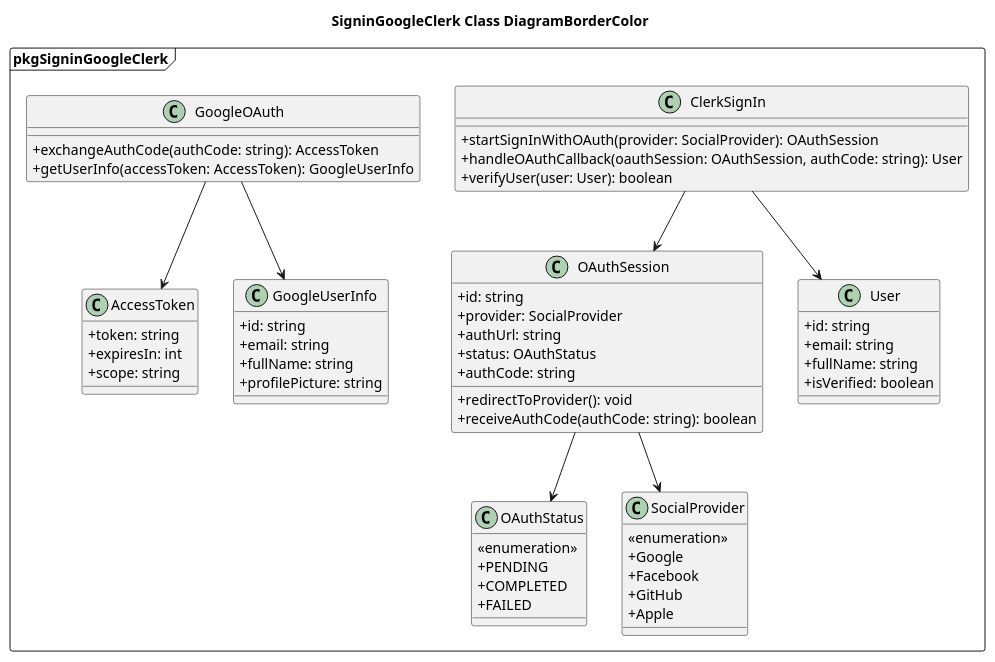
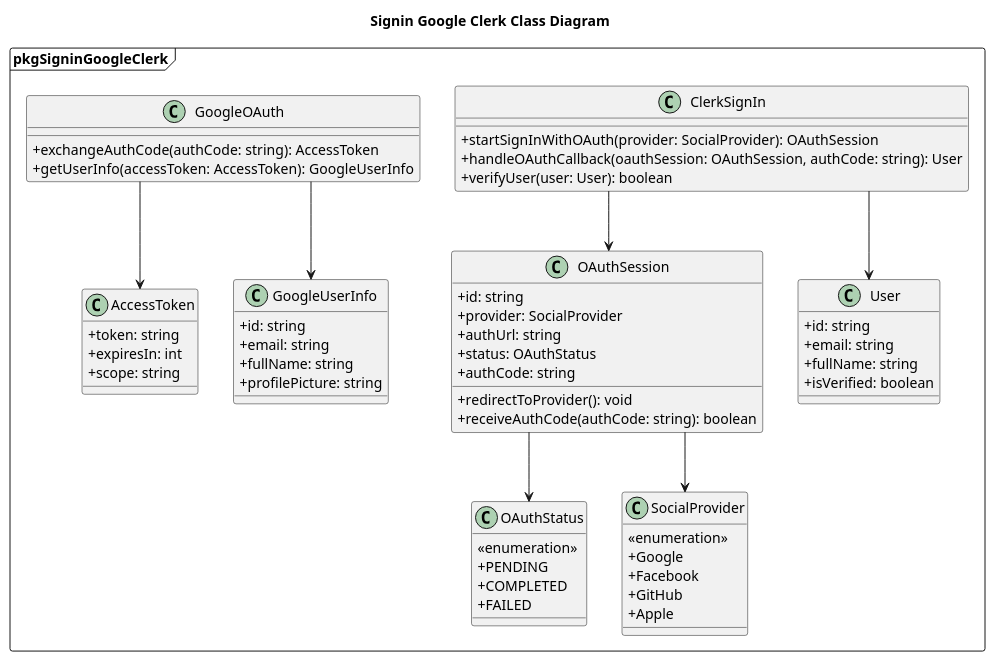
Before and after one commit to Caothuludau/InSyncDocument: the diagram in ClassDiagram/Authentication/SignInClassDiagram.plantuml, drawn with PlantUML. The commit also changed 29 other files, not shown here.

```diff
--- a/ClassDiagram/Authentication/SignInClassDiagram.plantuml
+++ b/ClassDiagram/Authentication/SignInClassDiagram.plantuml
@@ -1,78 +1,79 @@
 @startuml SigninGoogleClerk
-Title SigninGoogleClerk Class DiagramBorderColor
+Title Signin Google Clerk Class Diagram
 skinparam classAttributeIconSize 0
+skinparam linetype ortho
 ' Lớp chính xử lý sign-in
 package pkgSigninGoogleClerk <<Frame>>{
 
 class ClerkSignIn  {
   + startSignInWithOAuth(provider: SocialProvider): OAuthSession
   + handleOAuthCallback(oauthSession: OAuthSession, authCode: string): User
   + verifyUser(user: User): boolean
 }
 
 ' Quá trình xác thực OAuth
 class OAuthSession  {
   + id: string
   + provider: SocialProvider
   + authUrl: string
   + status: OAuthStatus
   + authCode: string
   + redirectToProvider(): void
   + receiveAuthCode(authCode: string): boolean
 }
 
 ' Các trạng thái OAuth
 class OAuthStatus  {
   <<enumeration>>
   + PENDING
   + COMPLETED
   + FAILED
 }
 
 ' Các nhà cung cấp OAuth
 class SocialProvider  {
   <<enumeration>>
   + Google
   + Facebook
   + GitHub
   + Apple
 }
 
 ' Thông tin người dùng
 class User  {
   + id: string
   + email: string
   + fullName: string
   + isVerified: boolean
 }
 
 ' Lớp Google OAuth xử lý mã xác thực
 class GoogleOAuth  {
   + exchangeAuthCode(authCode: string): AccessToken
   + getUserInfo(accessToken: AccessToken): GoogleUserInfo
 }
 
 ' Thông tin AccessToken
 class AccessToken  {
   + token: string
   + expiresIn: int
   + scope: string
 }
 
 ' Thông tin Google User
 class GoogleUserInfo  {
   + id: string
   + email: string
   + fullName: string
   + profilePicture: string
 }
 
 ' Các quan hệ
 ClerkSignIn --> OAuthSession
 OAuthSession --> OAuthStatus
 OAuthSession --> SocialProvider
 ClerkSignIn --> User
 GoogleOAuth --> AccessToken
 GoogleOAuth --> GoogleUserInfo
 }
 @enduml
```
